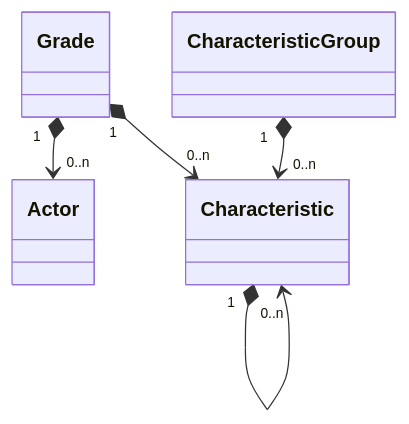
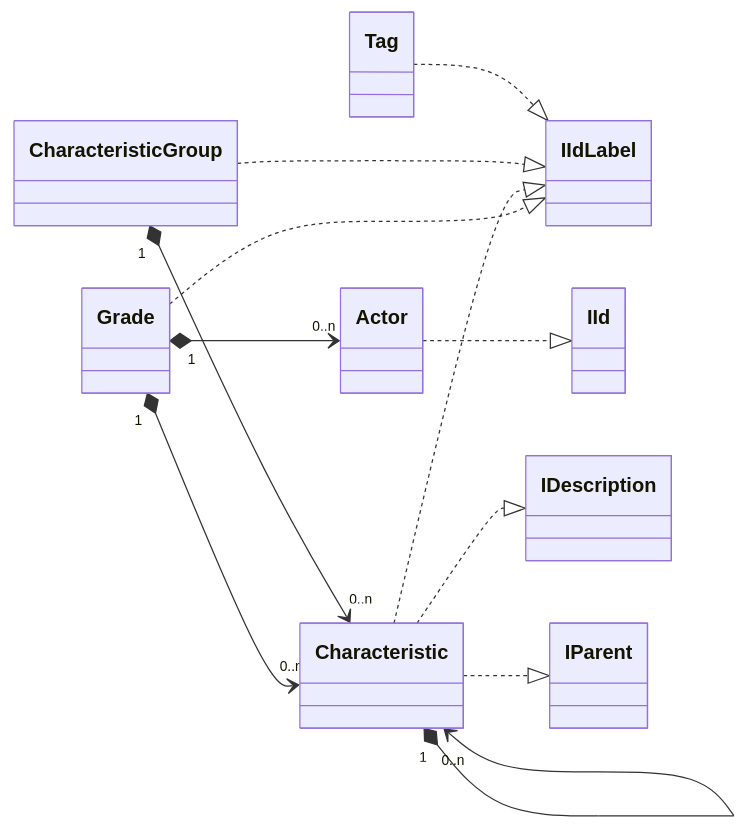
Before and after one commit to xcamier/TictacBlaz: the first of 4 diagrams in design/Db Model.md, drawn with Mermaid. The commit also changed other lines of this file and 10 other files, not shown here.

````diff
--- a/design/Db Model.md
+++ b/design/Db Model.md
@@ -7,11 +7,19 @@
 ```mermaid
 classDiagram
+  direction LR
+	Grade ..|> IIdLabel
+	Actor ..|> IId
 	Grade "1" *--> "0..n" Actor
 	Grade "1" *--> "0..n" Characteristic
+	Characteristic ..|> IIdLabel
+	Characteristic ..|> IDescription
+	Characteristic ..|> IParent
 	Characteristic "1" *--> "0..n" Characteristic
+	CharacteristicGroup ..|> IIdLabel
 	CharacteristicGroup "1"  *--> "0..n" Characteristic
+	Tag ..|> IIdLabel
 	
 	
 	
 	
 ```
````
